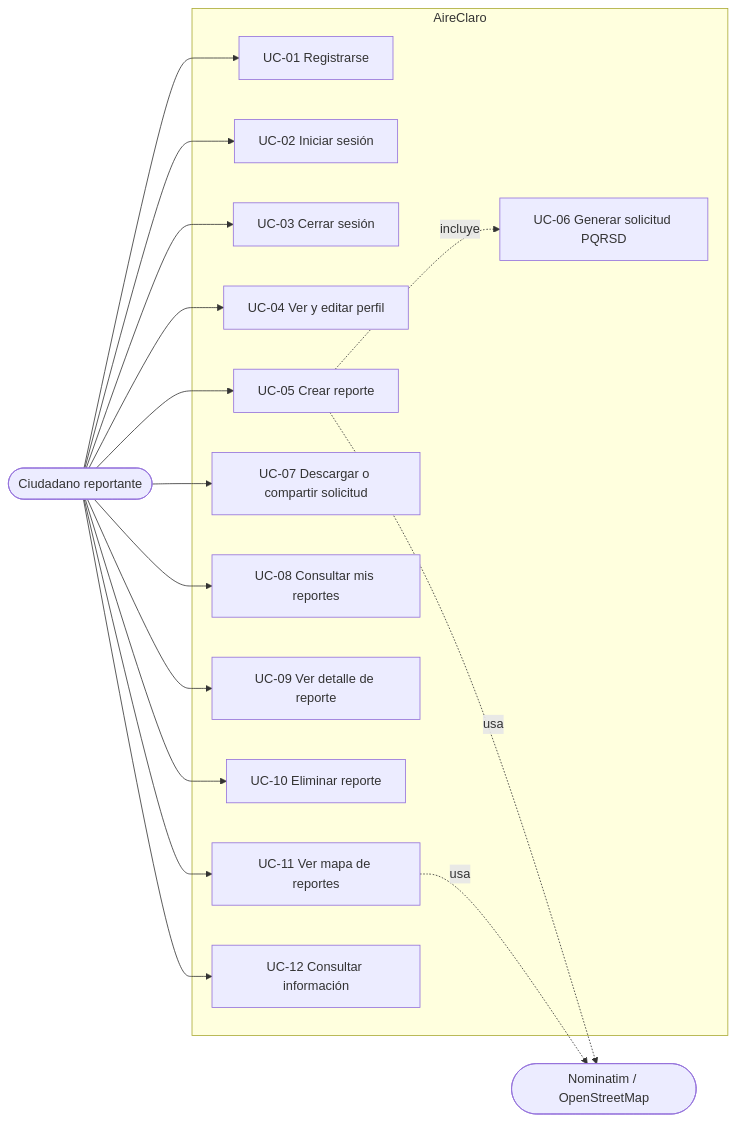
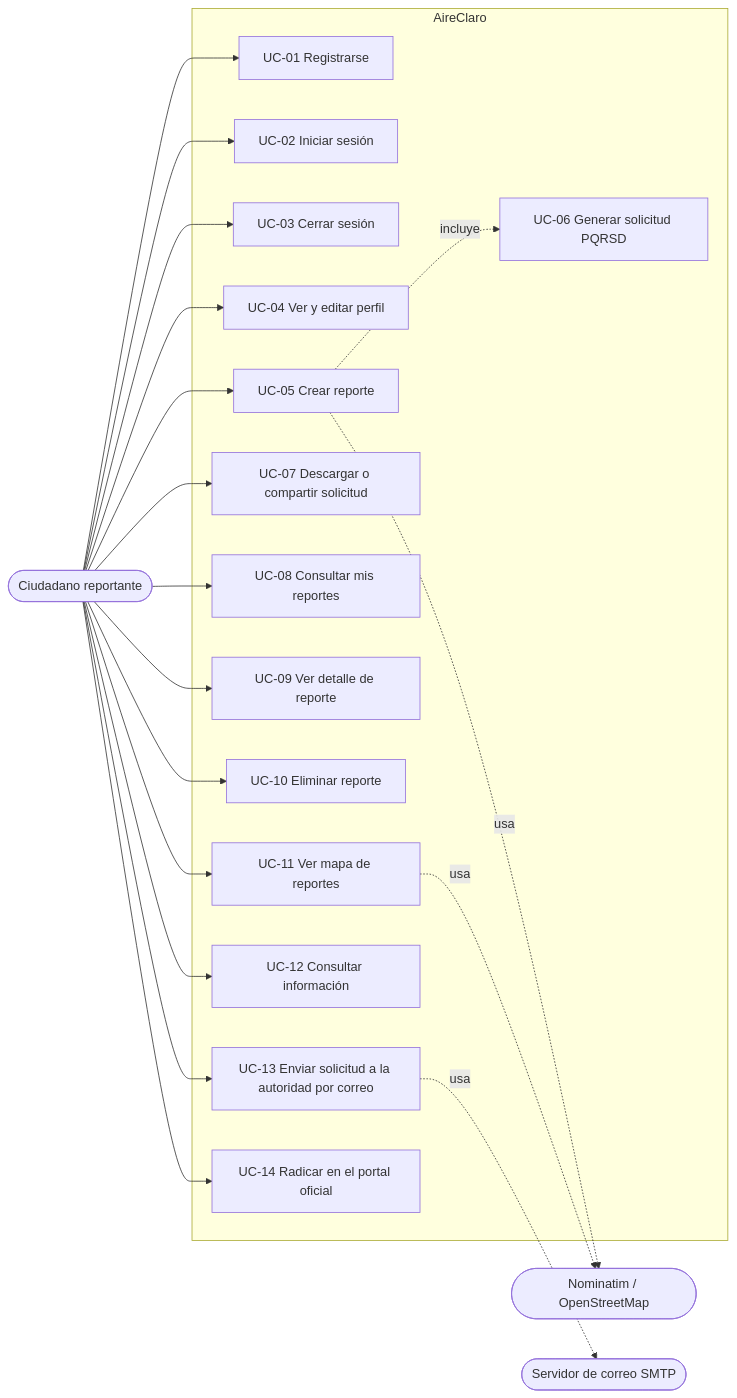
One commit to Matute-col/AireClaro changed the first of 2 diagrams in docs/03-casos-de-uso.md. Above: the diagram before and after it, drawn with Mermaid. The commit also changed other lines of this file and 12 other files, not shown here.

````diff
--- a/docs/03-casos-de-uso.md
+++ b/docs/03-casos-de-uso.md
@@ -10,23 +10,27 @@
 ```mermaid
 flowchart LR
   C([Ciudadano reportante])
   subgraph AireClaro
     UC01[UC-01 Registrarse]
     UC02[UC-02 Iniciar sesión]
     UC03[UC-03 Cerrar sesión]
     UC04[UC-04 Ver y editar perfil]
     UC05[UC-05 Crear reporte]
     UC06[UC-06 Generar solicitud PQRSD]
     UC07[UC-07 Descargar o compartir solicitud]
     UC08[UC-08 Consultar mis reportes]
     UC09[UC-09 Ver detalle de reporte]
     UC10[UC-10 Eliminar reporte]
     UC11[UC-11 Ver mapa de reportes]
     UC12[UC-12 Consultar información]
+    UC13[UC-13 Enviar solicitud a la autoridad por correo]
+    UC14[UC-14 Radicar en el portal oficial]
   end
   N([Nominatim / OpenStreetMap])
-  C --> UC01 & UC02 & UC03 & UC04 & UC05 & UC07 & UC08 & UC09 & UC10 & UC11 & UC12
+  C --> UC01 & UC02 & UC03 & UC04 & UC05 & UC07 & UC08 & UC09 & UC10 & UC11 & UC12 & UC13 & UC14
   UC05 -. incluye .-> UC06
   UC05 -. usa .-> N
   UC11 -. usa .-> N
+  M([Servidor de correo SMTP])
+  UC13 -. usa .-> M
 ```
````
